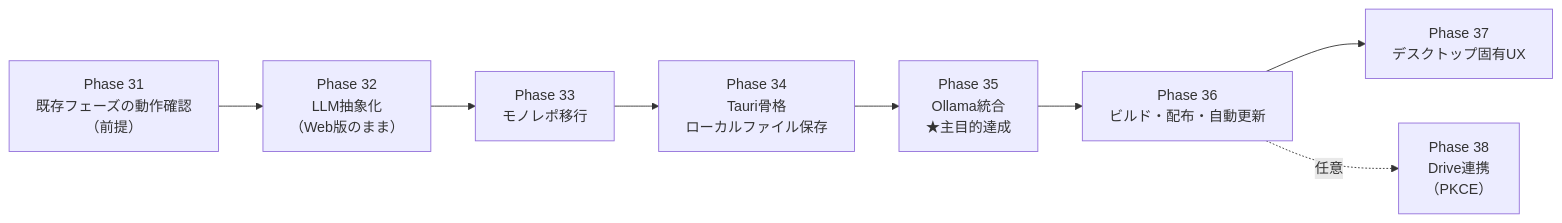
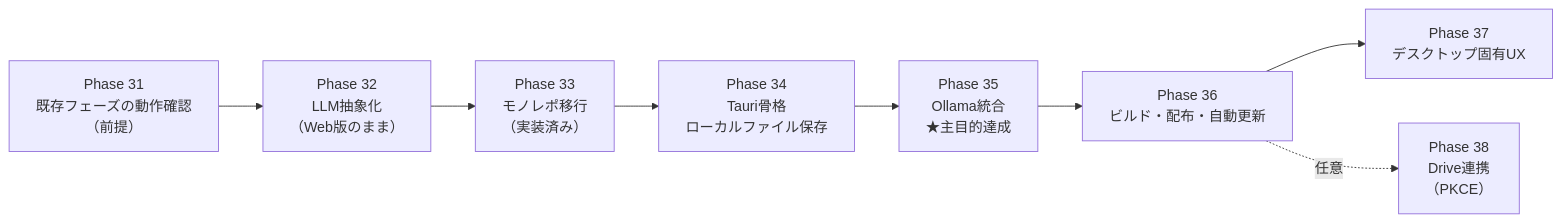
One commit to mayamaura/ai-idea-map changed the diagram in docs/desktop/README.md. Above: the diagram before and after it, drawn with Mermaid. The commit also changed other lines of this file and 6 other files, not shown here.

````diff
--- a/docs/desktop/README.md
+++ b/docs/desktop/README.md
@@ -93,10 +108,10 @@
 ```mermaid
 graph LR
     P31["Phase 31<br/>既存フェーズの動作確認<br/>（前提）"] --> P32["Phase 32<br/>LLM抽象化<br/>（Web版のまま）"]
-    P32 --> P33["Phase 33<br/>モノレポ移行"]
+    P32 --> P33["Phase 33<br/>モノレポ移行<br/>（実装済み）"]
     P33 --> P34["Phase 34<br/>Tauri骨格<br/>ローカルファイル保存"]
     P34 --> P35["Phase 35<br/>Ollama統合<br/>★主目的達成"]
     P35 --> P36["Phase 36<br/>ビルド・配布・自動更新"]
     P36 --> P37["Phase 37<br/>デスクトップ固有UX"]
     P36 -.任意.-> P38["Phase 38<br/>Drive連携<br/>（PKCE）"]
 ```
````
